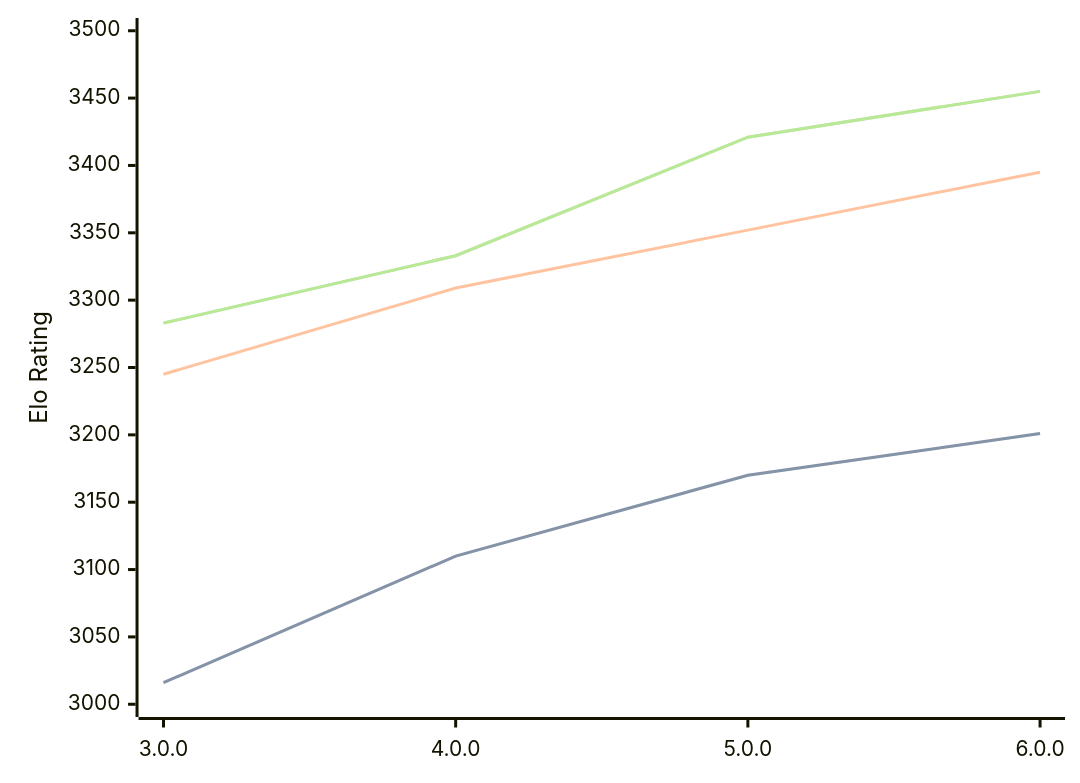
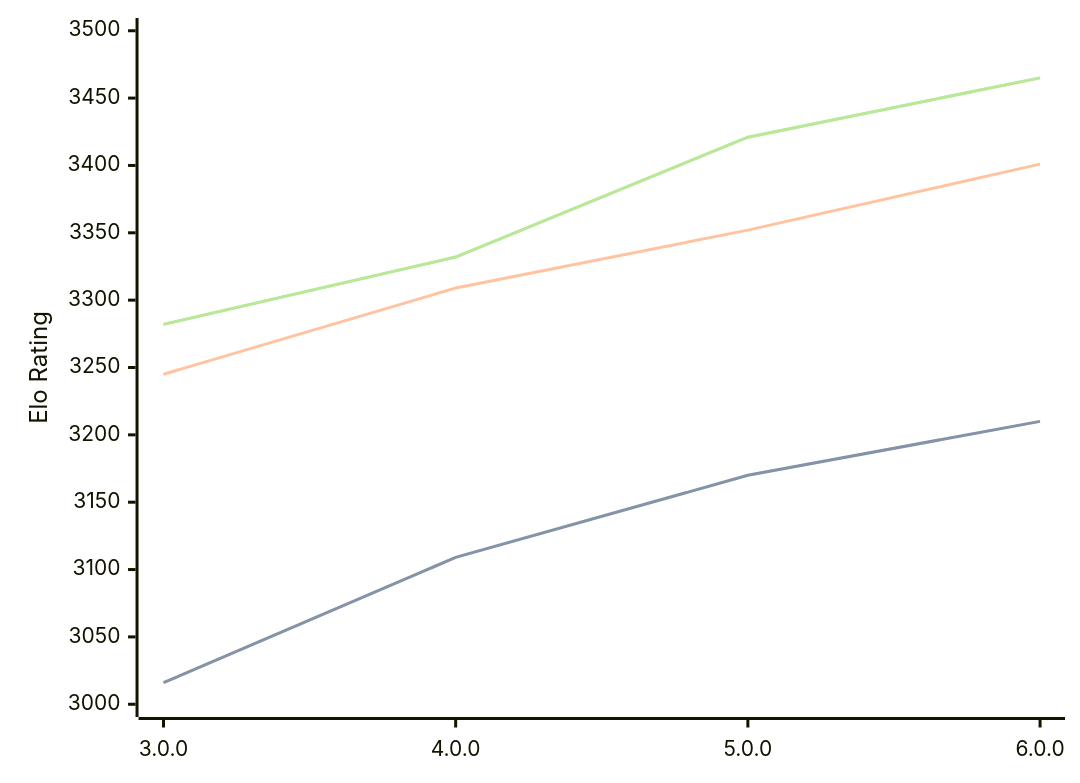
Before and after one commit to computer-chess-index/cci: the diagram in engines/Minke.md, drawn with Mermaid. The commit also changed other lines of this file, not shown here.

Commit message:
Update CCI Ratings (ELO VLTC) - 2026-04-28

````diff
--- a/engines/Minke.md
+++ b/engines/Minke.md
@@ -36,11 +36,11 @@
 ```mermaid
 %%{init: {"theme":"base","themeVariables":{"seriesColors:['#a3a3a3','#222221','#faa371']}}}%%
 xychart-beta
   x-axis ["3.0.0", "4.0.0", "5.0.0", "6.0.0"]
   y-axis "Elo Rating" 3000 --> 3500
-  line "STC (8.0+0.08s)" [3016, 3110, 3170, 3201]
-  line "STC (8.0+0.08s)" [3016, 3110, 3170, 3201]
-  line "LTC (60.0+0.60s)" [3245, 3309, 3352, 3395]
-  line "VLTC (2m24s+1.12s)" [3283, 3333, 3421, 3455]
-  line "VLTC (2m24s+1.12s)" [3283, 3333, 3421, 3455]
+  line "STC (8.0+0.08s)" [3016, 3109, 3170, 3210]
+  line "STC (8.0+0.08s)" [3016, 3109, 3170, 3210]
+  line "LTC (60.0+0.60s)" [3245, 3309, 3352, 3401]
+  line "VLTC (2m24s+1.12s)" [3282, 3332, 3421, 3465]
+  line "VLTC (2m24s+1.12s)" [3282, 3332, 3421, 3465]
 ```
````
